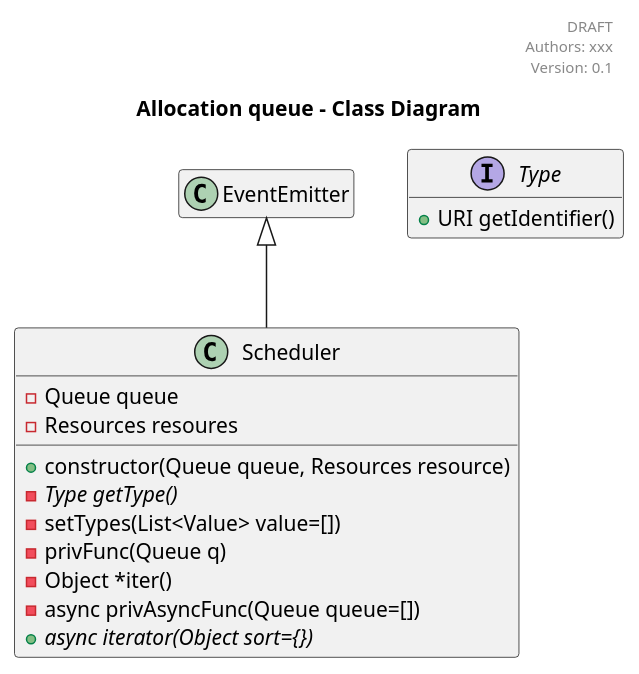
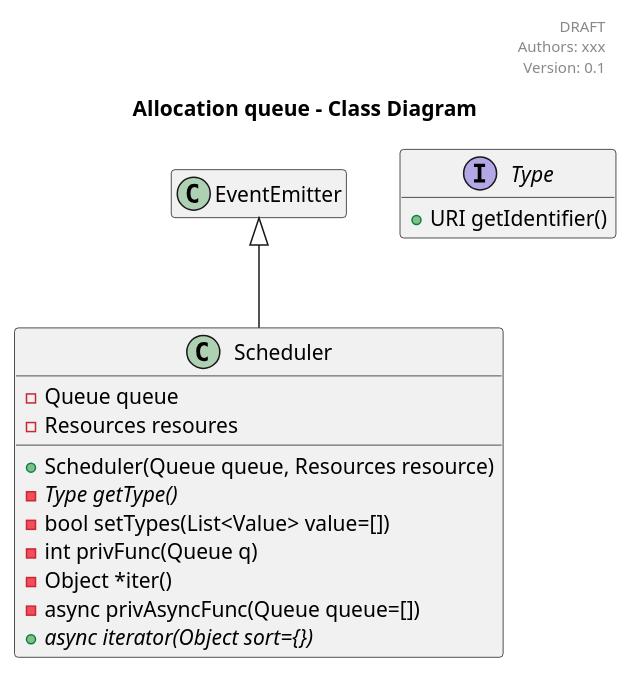
One commit to jupe/puml2code changed the diagram in examples/sample.puml. Above: the diagram before and after it, drawn with PlantUML. The commit also changed 10 other files, not shown here.

```diff
--- a/examples/sample.puml
+++ b/examples/sample.puml
@@ -1,35 +1,35 @@
 @startuml
 
 header
 DRAFT
 Authors: xxx
 Version: 0.1
 endheader
 
 hide empty members
 
 title Allocation queue - Class Diagram
 
 
 interface Type {
     +URI getIdentifier()
 }
 
 class Scheduler {
-    +constructor(Queue queue, Resources resource)
+    +Scheduler(Queue queue, Resources resource)
     -{abstract}Type getType()
-    -setTypes(List<Value> value=[])
-    -privFunc(Queue q)
+    -bool setTypes(List<Value> value=[])
+    -int privFunc(Queue q)
     -Object *iter()
     -async privAsyncFunc(Queue queue=[])
     +{abstract} async iterator(Object sort={})
     -Queue queue
     -Resources resoures
 }
 
 
 class EventEmitter
 Scheduler -up-|> EventEmitter
 
 
 @enduml
```
